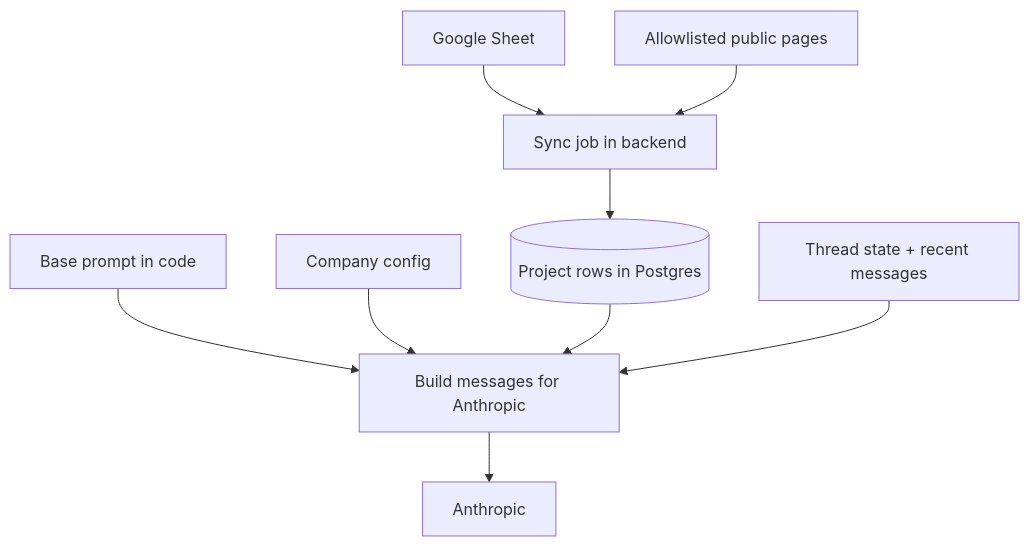
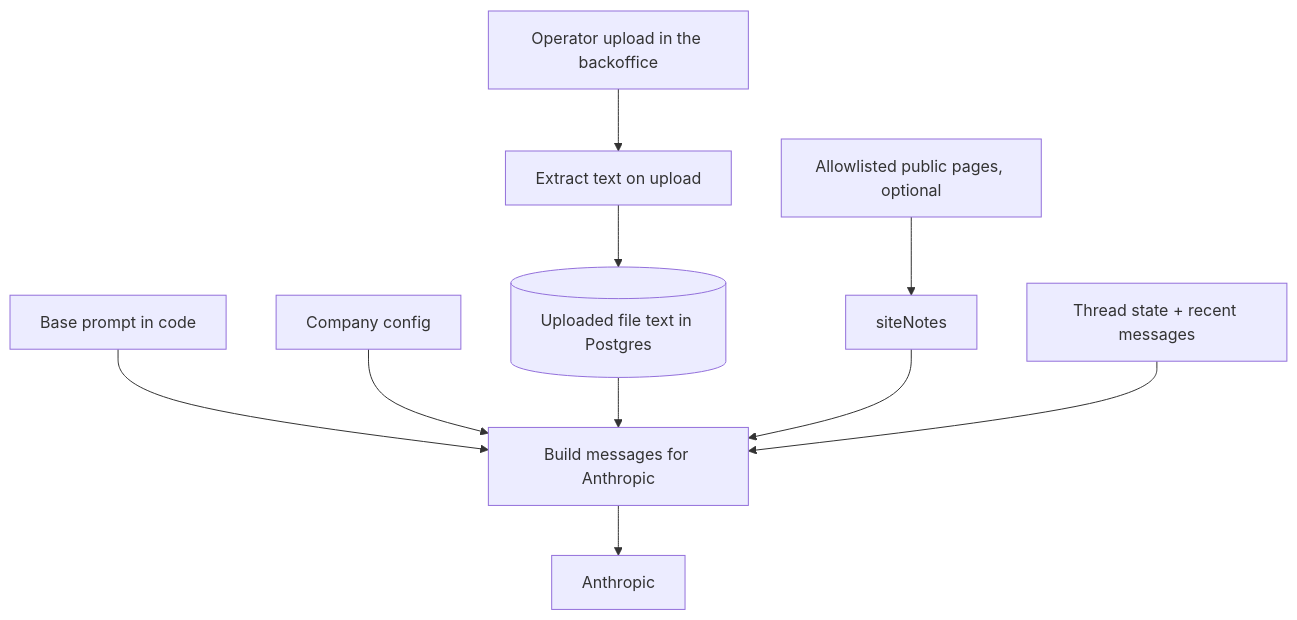
Before and after one commit to luisguareschi/leadscope: the second of 2 diagrams in docs/design.md, drawn with Mermaid. The commit also changed other lines of this file and 199 other files, not shown here.

````diff
--- a/docs/design.md
+++ b/docs/design.md
@@ -117,11 +130,12 @@
 ```mermaid
 flowchart TD
-  drive[Google Sheet] --> sync[Sync job in backend]
-  web[Allowlisted public pages] --> sync
-  sync --> projects[(Project rows in Postgres)]
+  upload[Operator upload in the backoffice] --> extract[Extract text on upload]
+  extract --> files[(Uploaded file text in Postgres)]
+  web[Allowlisted public pages, optional] --> notes[siteNotes]
   promptBase[Base prompt in code] --> build[Build messages for Anthropic]
   companyConfig[Company config] --> build
-  projects --> build
+  files --> build
+  notes --> build
   thread[Thread state + recent messages] --> build
   build --> llm[Anthropic]
 ```
````
